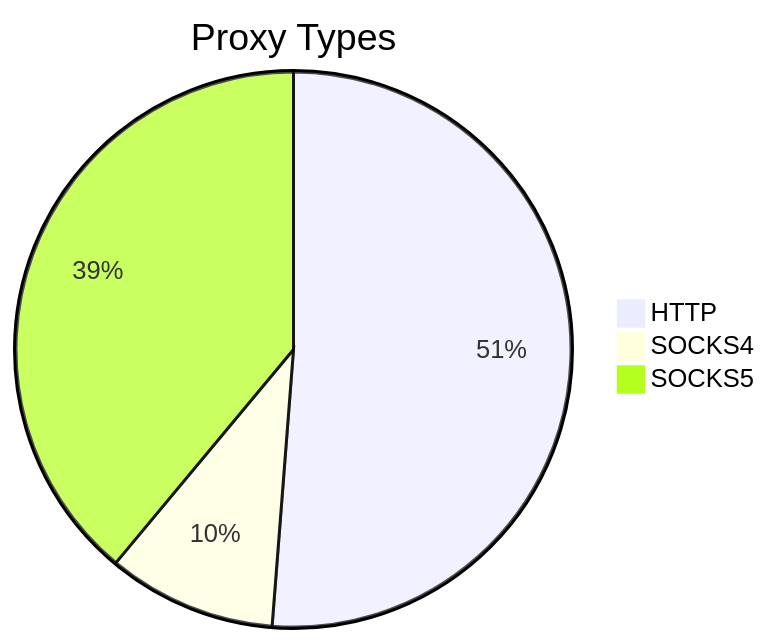
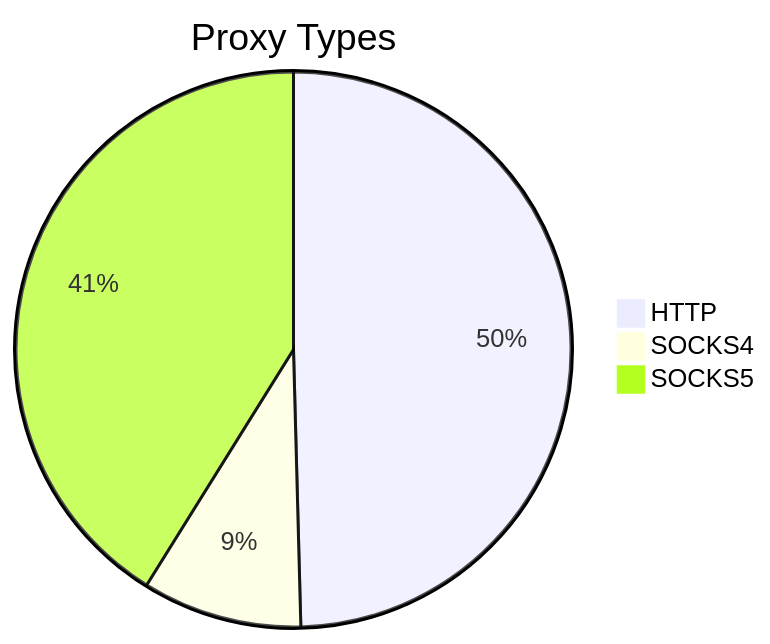
One commit to stormsia/proxy-list changed the first of 2 diagrams in README.md. Above: the diagram before and after it, drawn with Mermaid. The commit also changed other lines of this file, not shown here.

````diff
--- a/README.md
+++ b/README.md
@@ -21,6 +21,6 @@
 ```mermaid
 pie title Proxy Types
-    "HTTP" : 146
-    "SOCKS4" : 28
-    "SOCKS5" : 111
+    "HTTP" : 176
+    "SOCKS4" : 33
+    "SOCKS5" : 146
 ```
````
